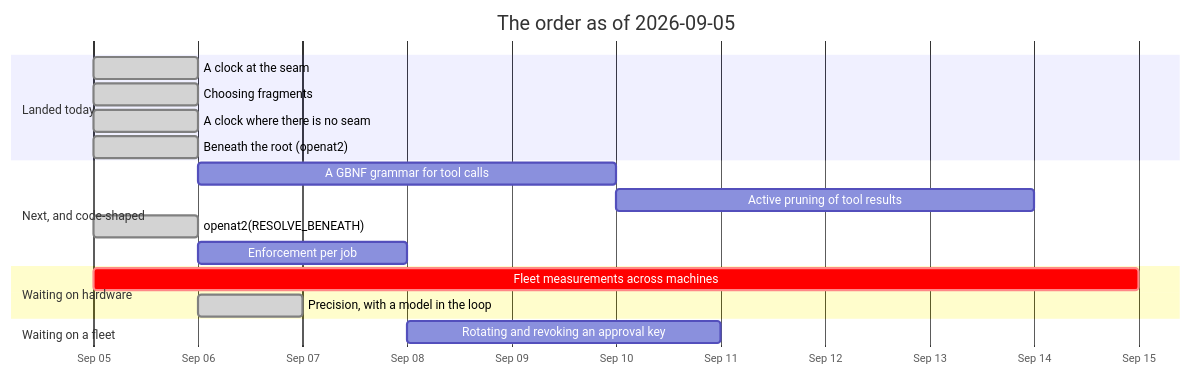
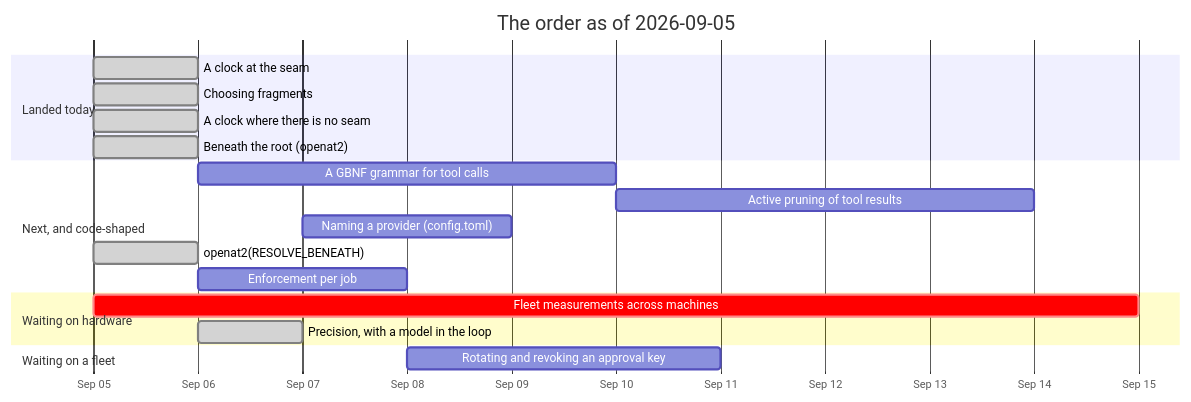
Before and after one commit to jgermade/luu: the diagram in ROADMAP/2026-09-05/README.md, drawn with Mermaid. The commit also changed other lines of this file and 3 other files, not shown here.

Commit message:
ROADMAP updated

````diff
--- a/ROADMAP/2026-09-05/README.md
+++ b/ROADMAP/2026-09-05/README.md
@@ -41,21 +42,22 @@
 ```mermaid
 gantt
     title The order as of 2026-09-05
     dateFormat YYYY-MM-DD
     axisFormat %b %d
     section Landed today
     A clock at the seam                    :done, clock, 2026-09-05, 1d
     Choosing fragments                     :done, frag, 2026-09-05, 1d
     A clock where there is no seam         :done, hostclock, 2026-09-05, 1d
     Beneath the root (openat2)             :done, toctou2, 2026-09-05, 1d
     section Next, and code-shaped
     A GBNF grammar for tool calls          :gbnf, 2026-09-06, 4d
     Active pruning of tool results         :prune, after gbnf, 4d
+    Naming a provider (config.toml)        :prov, 2026-09-07, 2d
     openat2(RESOLVE_BENEATH)               :done, toctou, 2026-09-05, 1d
     Enforcement per job                    :enf, 2026-09-06, 2d
     section Waiting on hardware
     Fleet measurements across machines     :crit, bench, 2026-09-05, 10d
     Precision, with a model in the loop    :done, prec, 2026-09-06, 1d
     section Waiting on a fleet
     Rotating and revoking an approval key  :keys, after enf, 3d
 ```
````
